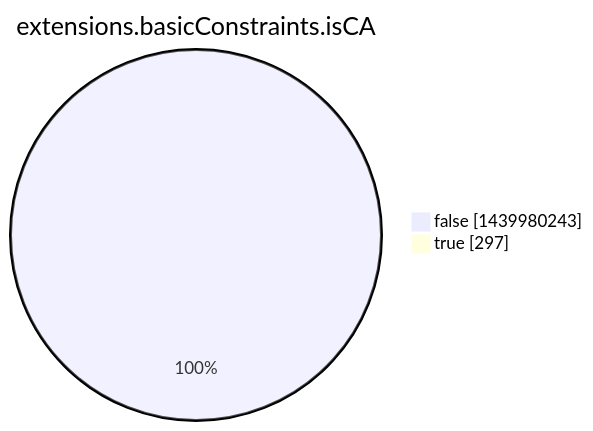
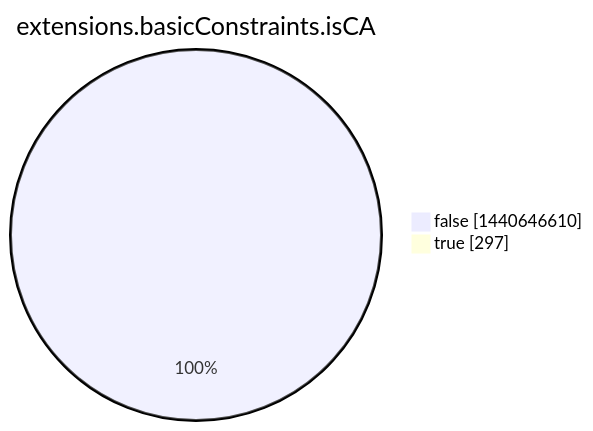
The eighth of 15 diagrams in argon2022/README.md (christiankrug/ctmonitor_visualization), drawn with Mermaid before and after one commit. The commit also changed other lines of this file, not shown here.

````diff
--- a/argon2022/README.md
+++ b/argon2022/README.md
@@ -2760,6 +2760,6 @@
 ```mermaid
 pie showData
 title extensions.basicConstraints.isCA
-"false" :1439980243
+"false" :1440646610
 "true" :297
 ```
````
